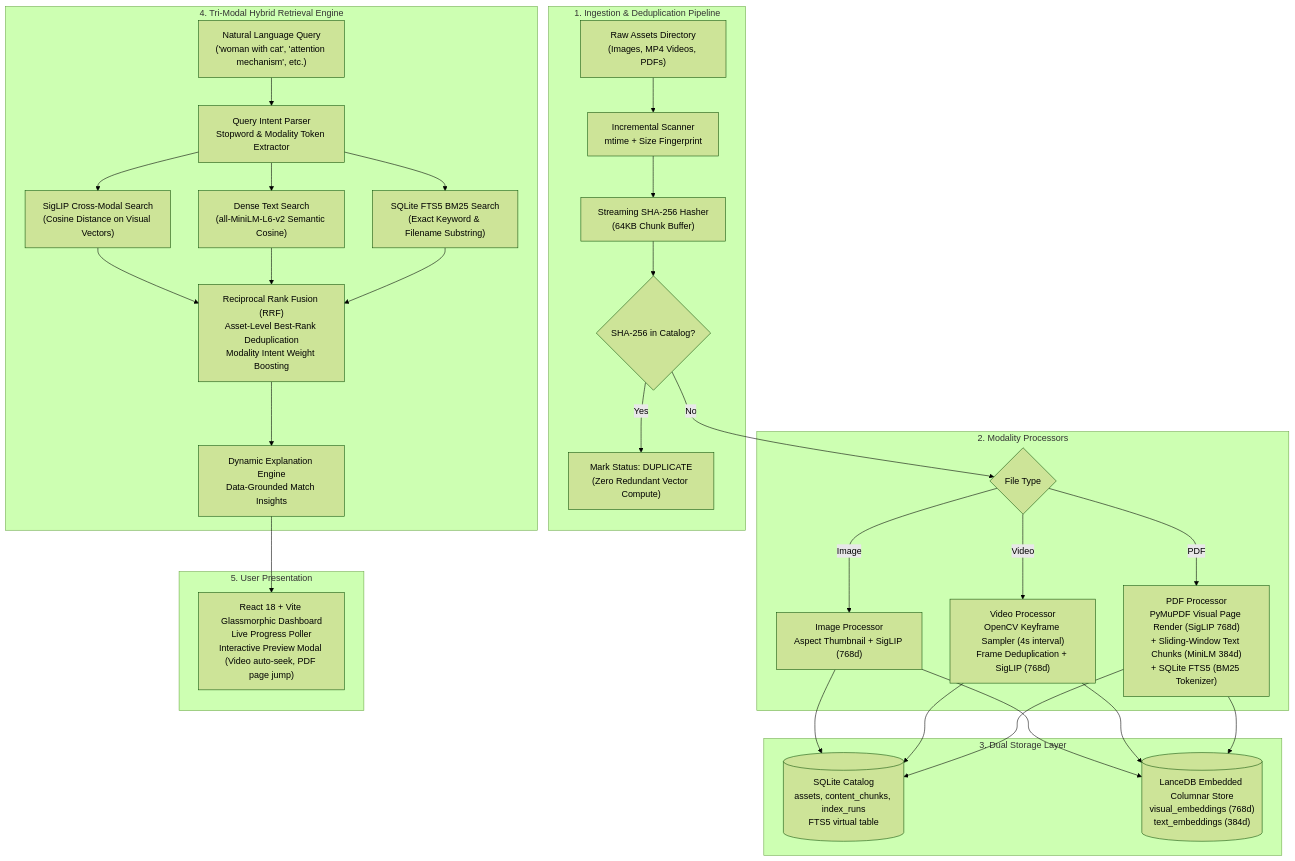
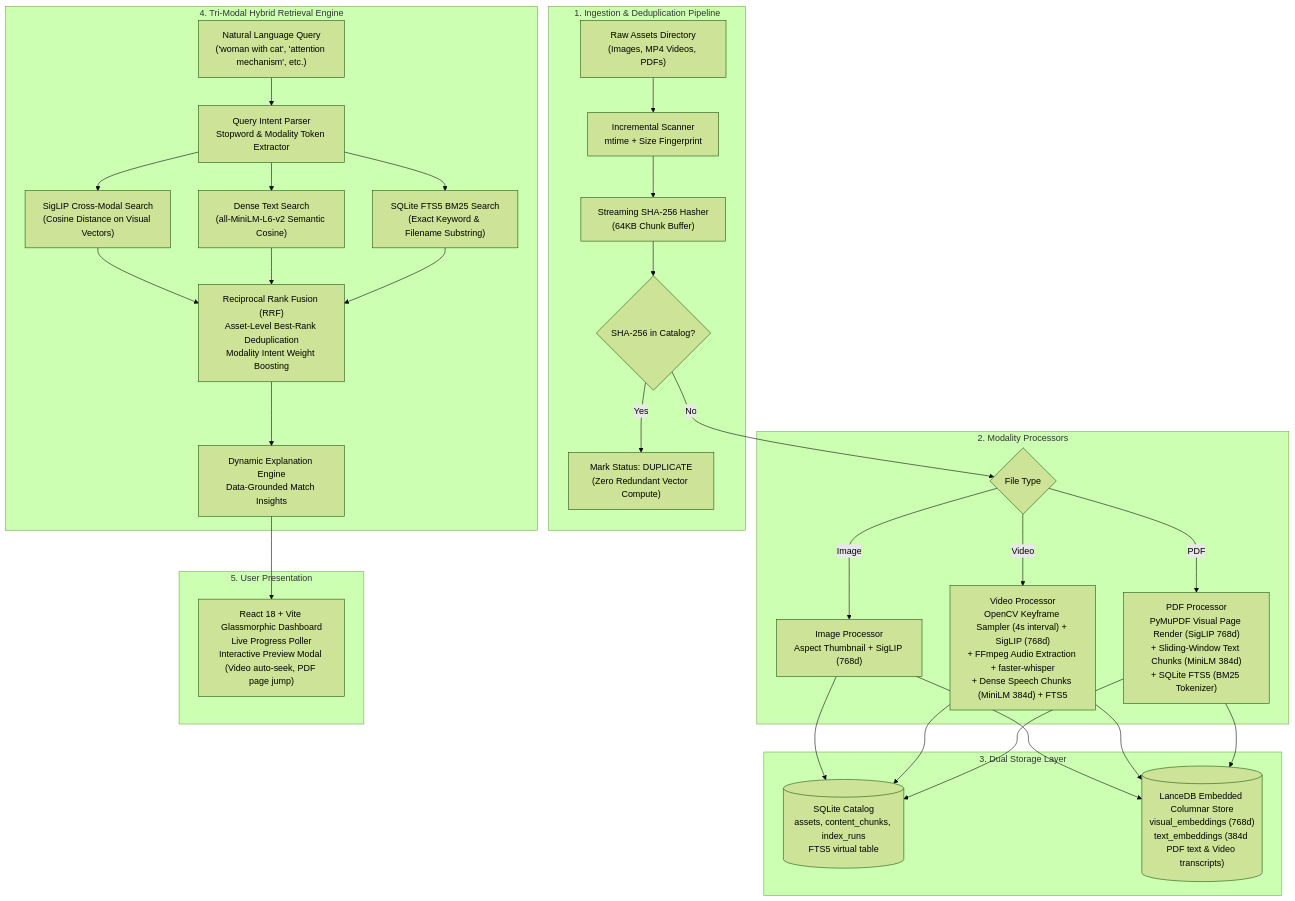
One commit to Susil-commits/AssetLens changed the diagram in README.md. Above: the diagram before and after it, drawn with Mermaid (forest theme). The commit also changed other lines of this file and 21 other files, not shown here.

````diff
--- a/README.md
+++ b/README.md
@@ -24,51 +24,51 @@
 ```mermaid
 flowchart TD
     subgraph INGESTION["1. Ingestion & Deduplication Pipeline"]
         RawFiles["Raw Assets Directory\n(Images, MP4 Videos, PDFs)"]
         Scanner["Incremental Scanner\nmtime + Size Fingerprint"]
         Hasher["Streaming SHA-256 Hasher\n(64KB Chunk Buffer)"]
         DedupCheck{"SHA-256 in Catalog?"}
         MarkDuplicate["Mark Status: DUPLICATE\n(Zero Redundant Vector Compute)"]
         
         RawFiles --> Scanner --> Hasher --> DedupCheck
         DedupCheck -- Yes --> MarkDuplicate
     end
 
     subgraph PROCESSORS["2. Modality Processors"]
         DedupCheck -- No --> ForkModality{File Type}
         ForkModality -- Image --> ImgProc["Image Processor\nAspect Thumbnail + SigLIP (768d)"]
-        ForkModality -- Video --> VidProc["Video Processor\nOpenCV Keyframe Sampler (4s interval)\nFrame Deduplication + SigLIP (768d)"]
+        ForkModality -- Video --> VidProc["Video Processor\nOpenCV Keyframe Sampler (4s interval) + SigLIP (768d)\n+ FFmpeg Audio Extraction + faster-whisper\n+ Dense Speech Chunks (MiniLM 384d) + FTS5"]
         ForkModality -- PDF --> PDFProc["PDF Processor\nPyMuPDF Visual Page Render (SigLIP 768d)\n+ Sliding-Window Text Chunks (MiniLM 384d)\n+ SQLite FTS5 (BM25 Tokenizer)"]
     end
 
     subgraph STORAGE["3. Dual Storage Layer"]
         SQLiteDB[("SQLite Catalog\nassets, content_chunks, index_runs\nFTS5 virtual table")]
-        LanceDB[("LanceDB Embedded Columnar Store\nvisual_embeddings (768d)\ntext_embeddings (384d)")]
+        LanceDB[("LanceDB Embedded Columnar Store\nvisual_embeddings (768d)\ntext_embeddings (384d PDF text & Video transcripts)")]
         
         ImgProc --> LanceDB & SQLiteDB
         VidProc --> LanceDB & SQLiteDB
         PDFProc --> LanceDB & SQLiteDB
     end
 
     subgraph HYBRID_SEARCH["4. Tri-Modal Hybrid Retrieval Engine"]
         UserQuery["Natural Language Query\n('woman with cat', 'attention mechanism', etc.)"]
         Parser["Query Intent Parser\nStopword & Modality Token Extractor"]
         
         VisualSearch["SigLIP Cross-Modal Search\n(Cosine Distance on Visual Vectors)"]
         TextSearch["Dense Text Search\n(all-MiniLM-L6-v2 Semantic Cosine)"]
         KeywordSearch["SQLite FTS5 BM25 Search\n(Exact Keyword & Filename Substring)"]
         
         RRF["Reciprocal Rank Fusion (RRF)\nAsset-Level Best-Rank Deduplication\nModality Intent Weight Boosting"]
         Explanations["Dynamic Explanation Engine\nData-Grounded Match Insights"]
 
         UserQuery --> Parser
         Parser --> VisualSearch & TextSearch & KeywordSearch
         VisualSearch & TextSearch & KeywordSearch --> RRF
         RRF --> Explanations
     end
 
     subgraph CLIENT["5. User Presentation"]
         Frontend["React 18 + Vite Glassmorphic Dashboard\nLive Progress Poller\nInteractive Preview Modal (Video auto-seek, PDF page jump)"]
         Explanations --> Frontend
     end
 ```
````
